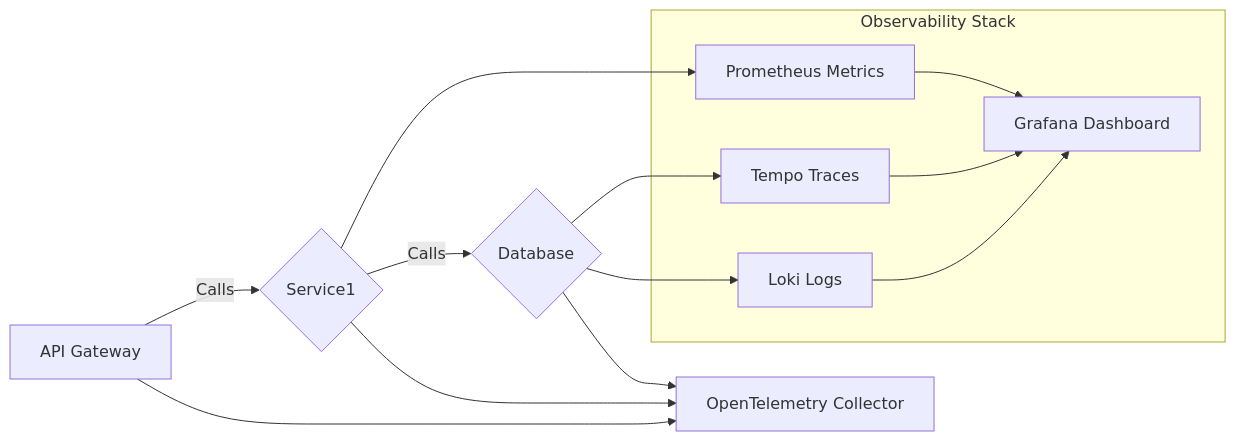
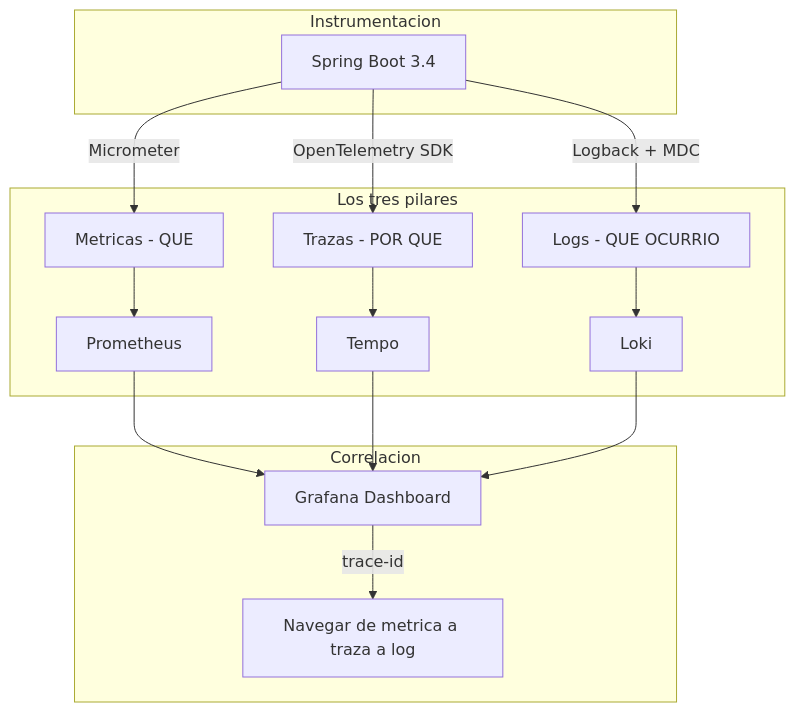
Before and after one commit to Joaquinriosheredia/DAM-Java-Mastery: the first of 4 diagrams in 03_Spring_Ecosystem/observabilidad_distribuida_en_spring_boot_3.3_con_opentelemetry_y_grafana_loki:_correlación_de_trazas_y_logs_STAFF.md, drawn with Mermaid. The commit also changed other lines of this file and 1 other file, not shown here.

````diff
--- a/03_Spring_Ecosystem/observabilidad_distribuida_en_spring_boot_3.3_con_opentelemetry_y_grafana_loki:_correlación_de_trazas_y_logs_STAFF.md
+++ b/03_Spring_Ecosystem/observabilidad_distribuida_en_spring_boot_3.3_con_opentelemetry_y_grafana_loki:_correlación_de_trazas_y_logs_STAFF.md
@@ -81,18 +24,19 @@
 ```mermaid
-graph LR;
-  A[API Gateway] -->|Calls| B{Service1};
-  B -->|Calls| C{Database};
-  C --> D[Loki Logs];
-  C --> E[Tempo Traces];
-  B --> F[Prometheus Metrics];
-
-  subgraph Observability Stack
-    D --> G[Grafana Dashboard];
-    E --> G;
-    F --> G;
-  end
-
-  A --> H[OpenTelemetry Collector];
-  B --> H;
-  C --> H;
+graph TD
+    subgraph Los tres pilares
+        A[Metricas - QUE] --> D[Prometheus]
+        B[Trazas - POR QUE] --> E[Tempo]
+        C[Logs - QUE OCURRIO] --> F[Loki]
+    end
+    subgraph Correlacion
+        D --> G[Grafana Dashboard]
+        E --> G
+        F --> G
+        G -->|trace-id| H[Navegar de metrica a traza a log]
+    end
+    subgraph Instrumentacion
+        I[Spring Boot 3.4] -->|Micrometer| A
+        I -->|OpenTelemetry SDK| B
+        I -->|Logback + MDC| C
+    end
 ```
````
